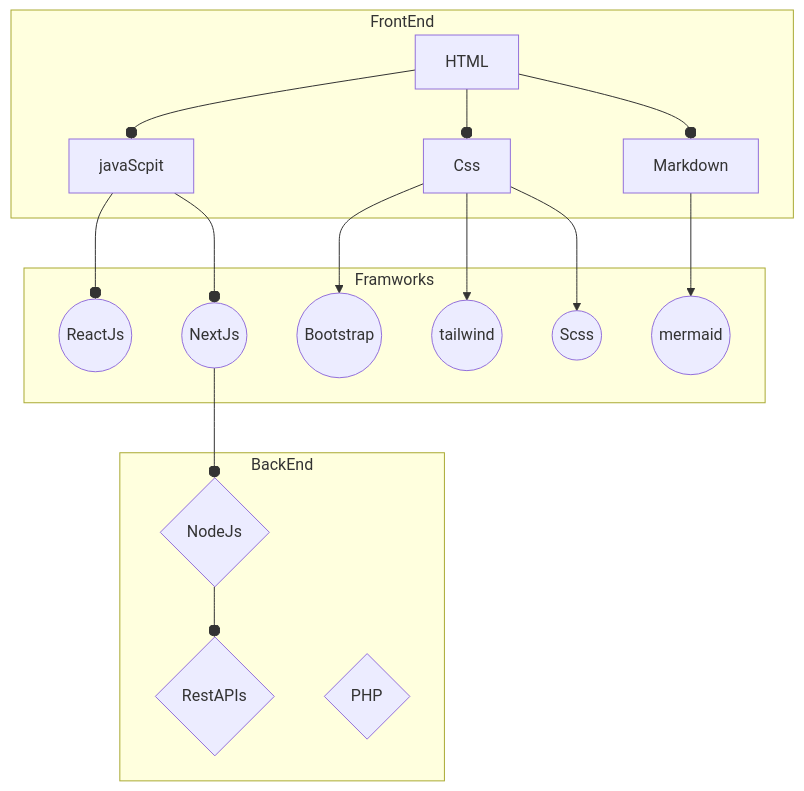
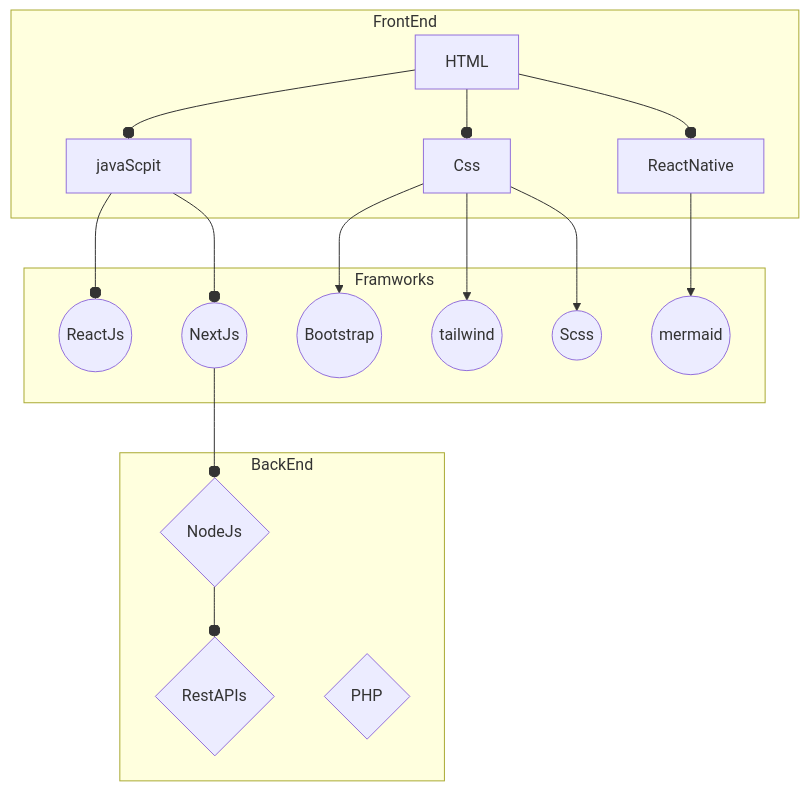
One commit to FelixAshong/FelixAshong changed the diagram in README.md. Above: the diagram before and after it, drawn with Mermaid.

````diff
--- a/README.md
+++ b/README.md
@@ -59,46 +59,46 @@
 ```mermaid
 flowchart 
 f1[HTML]
 f2[Css]
 f3[javaScpit]
-f4[Markdown]
+f4[ReactNative]
 fw1((ReactJs))
 fw2((NextJs))
 fw3((Bootstrap))
 fw4((tailwind))
 fw5((Scss))
 fw6((mermaid))
 b1{NodeJs}
 b2{RestAPIs}
 b3{PHP}
  subgraph  BackEnd
 b1
 b2
 b3
  end  
  subgraph Framworks 
 fw1
 fw2
 fw3
 fw4
 fw5
 fw6
  end
   subgraph  FrontEnd 
  f1
  f2
  f3
  f4
  end  
  f1 --o f2
  f1 --o f3
  f1 --o f4
  f2 --> fw3
  f2 --> fw4
  f2 --> fw5
  f3 --o fw1
  f3 --o fw2
  fw2 --o b1
  f4 --> fw6
  b1 --o b2
  ```
````
